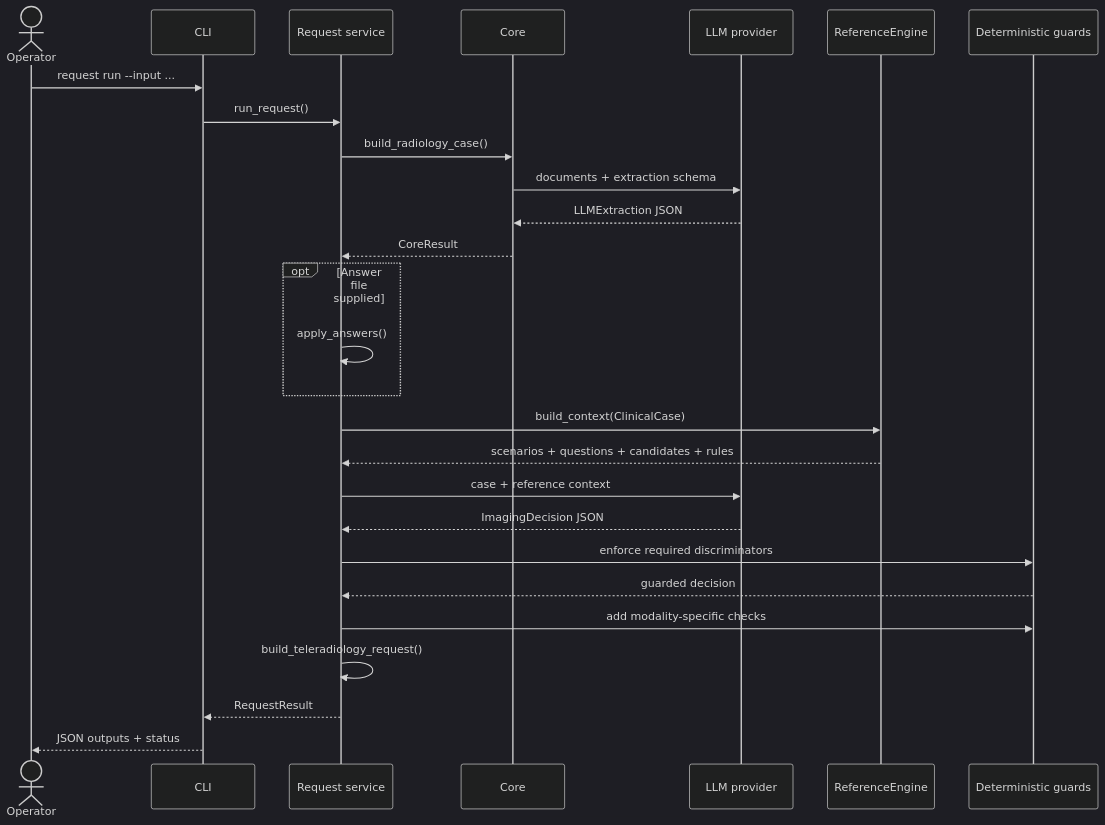
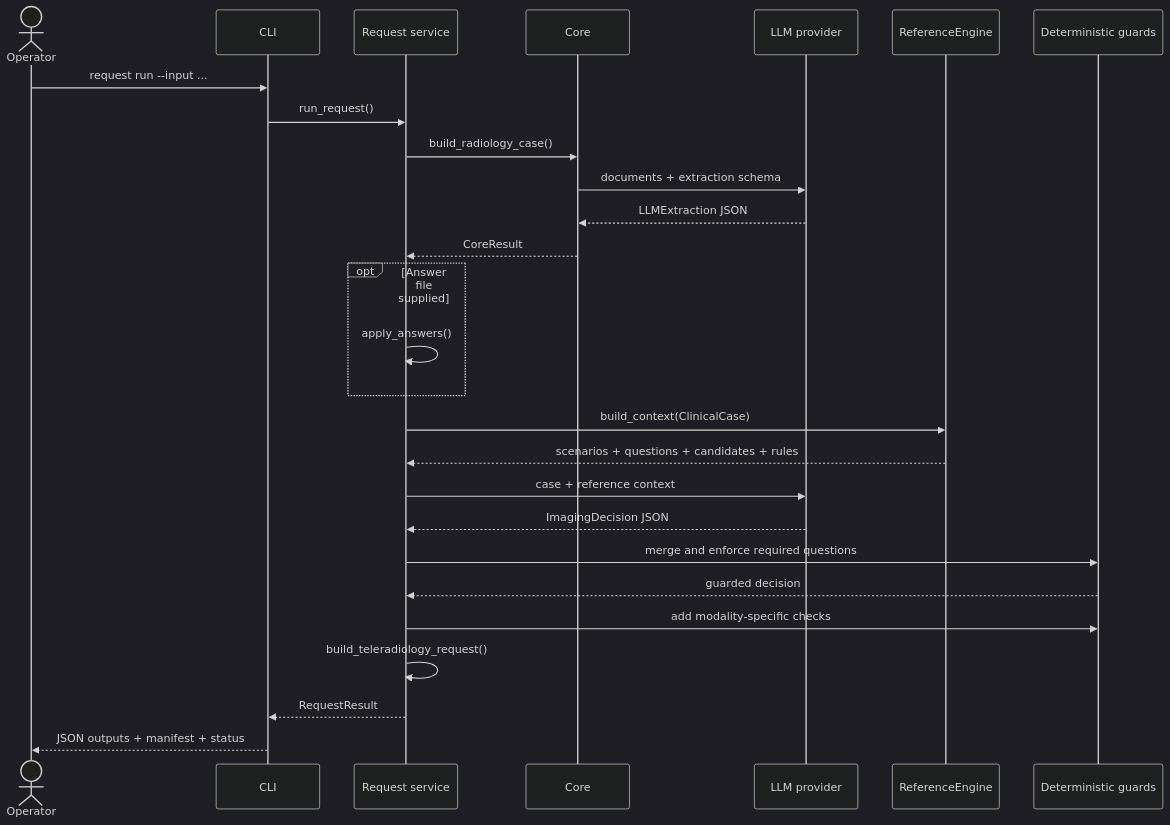
The third of 3 diagrams in docs/architecture.md (Thibescobar/bulkinout), drawn with Mermaid (dark theme) before and after one commit. The commit also changed other lines of this file and 36 other files, not shown here.

````diff
--- a/docs/architecture.md
+++ b/docs/architecture.md
@@ -95,30 +95,30 @@
 ```mermaid
 sequenceDiagram
     actor Operator
     participant CLI
     participant Service as Request service
     participant Core
     participant Model as LLM provider
     participant Ref as ReferenceEngine
     participant Guard as Deterministic guards
 
     Operator->>CLI: request run --input ...
     CLI->>Service: run_request()
     Service->>Core: build_radiology_case()
     Core->>Model: documents + extraction schema
     Model-->>Core: LLMExtraction JSON
     Core-->>Service: CoreResult
     opt Answer file supplied
         Service->>Service: apply_answers()
     end
     Service->>Ref: build_context(ClinicalCase)
     Ref-->>Service: scenarios + questions + candidates + rules
     Service->>Model: case + reference context
     Model-->>Service: ImagingDecision JSON
-    Service->>Guard: enforce required discriminators
+    Service->>Guard: merge and enforce required questions
     Guard-->>Service: guarded decision
     Service->>Guard: add modality-specific checks
     Service->>Service: build_teleradiology_request()
     Service-->>CLI: RequestResult
-    CLI-->>Operator: JSON outputs + status
+    CLI-->>Operator: JSON outputs + manifest + status
 ```
````
